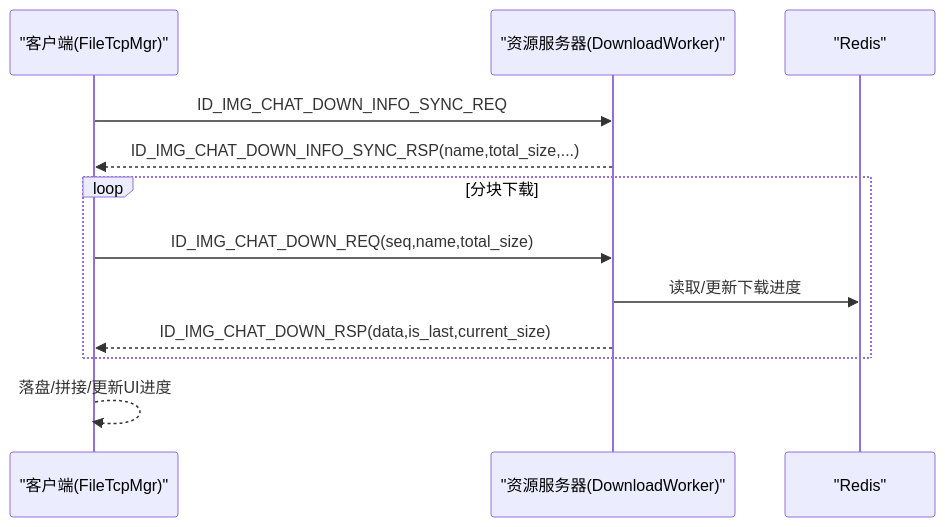
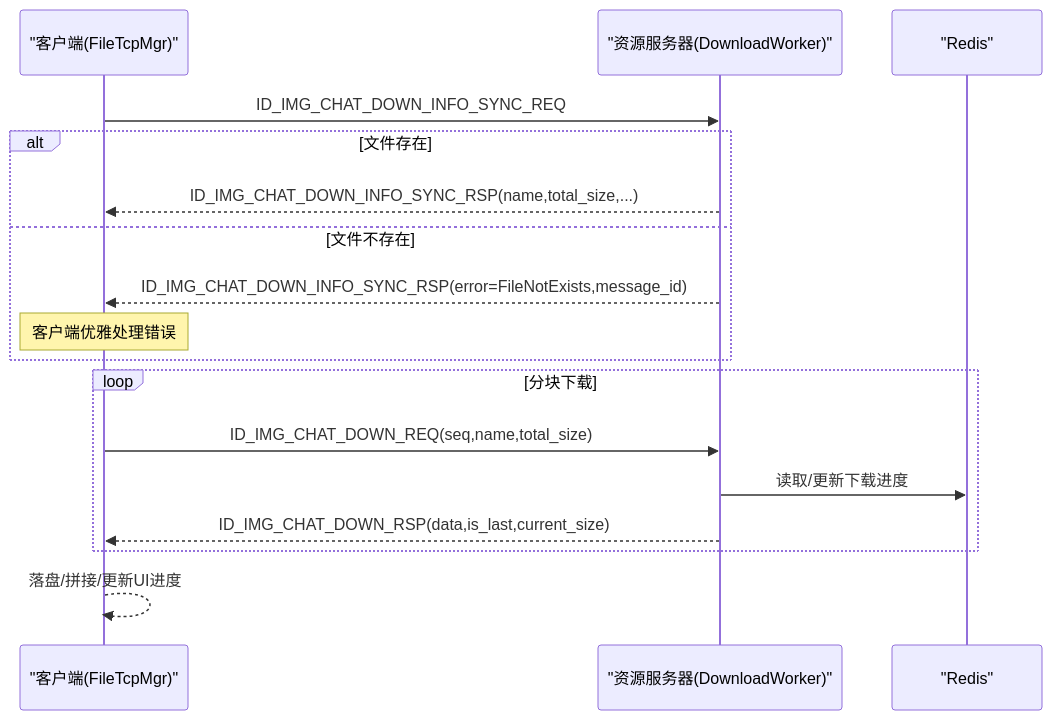
Before and after one commit to echo9923/mychatter: the fourth of 5 diagrams in .qoder/repowiki/zh/content/架构设计/数据流设计/聊天消息数据流/图片消息传输流程.md, drawn with Mermaid. The commit also changed other lines of this file and 54 other files, not shown here.

````diff
--- a/.qoder/repowiki/zh/content/架构设计/数据流设计/聊天消息数据流/图片消息传输流程.md
+++ b/.qoder/repowiki/zh/content/架构设计/数据流设计/聊天消息数据流/图片消息传输流程.md
@@ -231,14 +250,19 @@
 ```mermaid
 sequenceDiagram
 participant Client as "客户端(FileTcpMgr)"
 participant ResSrv as "资源服务器(DownloadWorker)"
 participant Cache as "Redis"
 Client->>ResSrv : ID_IMG_CHAT_DOWN_INFO_SYNC_REQ
+alt 文件存在
 ResSrv-->>Client : ID_IMG_CHAT_DOWN_INFO_SYNC_RSP(name,total_size,...)
+else 文件不存在
+ResSrv-->>Client : ID_IMG_CHAT_DOWN_INFO_SYNC_RSP(error=FileNotExists,message_id)
+Note over Client : 客户端优雅处理错误
+end
 loop 分块下载
 Client->>ResSrv : ID_IMG_CHAT_DOWN_REQ(seq,name,total_size)
 ResSrv->>Cache : 读取/更新下载进度
 ResSrv-->>Client : ID_IMG_CHAT_DOWN_RSP(data,is_last,current_size)
 end
 Client-->>Client : 落盘/拼接/更新UI进度
 ```
````
